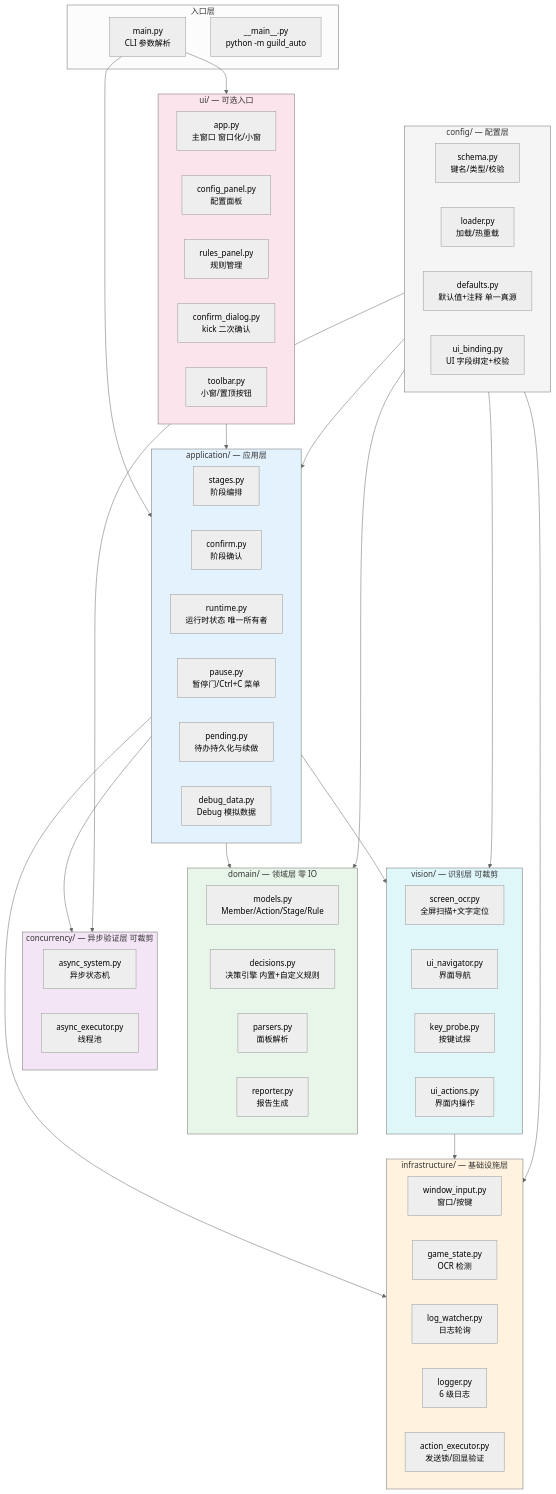
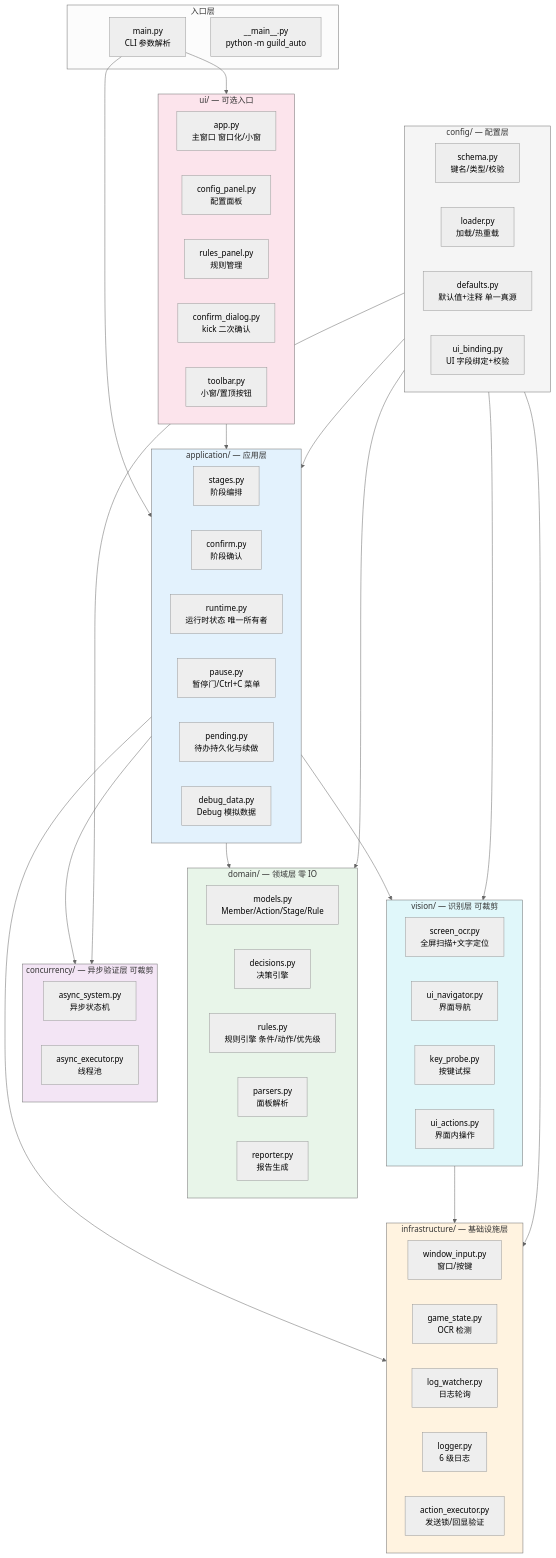
One commit to Minecraft269/bujidao-guild-auto changed the first of 7 diagrams in docs/流程与架构图.md. Above: the diagram before and after it, drawn with Mermaid (neutral theme). The commit also changed other lines of this file and 13 other files, not shown here.

````diff
--- a/docs/流程与架构图.md
+++ b/docs/流程与架构图.md
@@ -31,80 +31,81 @@
 ```mermaid
 graph TB
     subgraph ENTRY["入口层"]
         MAIN["main.py<br/>CLI 参数解析"]
         MAINMOD["__main__.py<br/>python -m guild_auto"]
     end
 
     subgraph UI["ui/ — 可选入口"]
         APP["app.py<br/>主窗口 窗口化/小窗"]
         CFGP["config_panel.py<br/>配置面板"]
         RULESP["rules_panel.py<br/>规则管理"]
         DIALOG["confirm_dialog.py<br/>kick 二次确认"]
         TLBAR["toolbar.py<br/>小窗/置顶按钮"]
     end
 
     subgraph APPL["application/ — 应用层"]
         STAGES["stages.py<br/>阶段编排"]
         CONFIRM["confirm.py<br/>阶段确认"]
         RUNTIME["runtime.py<br/>运行时状态 唯一所有者"]
         PAUSE["pause.py<br/>暂停门/Ctrl+C 菜单"]
         PENDING["pending.py<br/>待办持久化与续做"]
         DEBUGD["debug_data.py<br/>Debug 模拟数据"]
     end
 
     subgraph DOMAIN["domain/ — 领域层 零 IO"]
         MODELS["models.py<br/>Member/Action/Stage/Rule"]
-        DECIDE["decisions.py<br/>决策引擎 内置+自定义规则"]
+        DECIDE["decisions.py<br/>决策引擎"]
+        RULES["rules.py<br/>规则引擎 条件/动作/优先级"]
         PARSERS["parsers.py<br/>面板解析"]
         REPORTER["reporter.py<br/>报告生成"]
     end
 
     subgraph CONC["concurrency/ — 异步验证层 可裁剪"]
         ASYNCSYS["async_system.py<br/>异步状态机"]
         ASYNCEXEC["async_executor.py<br/>线程池"]
     end
 
     subgraph VISION["vision/ — 识别层 可裁剪"]
         SCREEN["screen_ocr.py<br/>全屏扫描+文字定位"]
         NAV["ui_navigator.py<br/>界面导航"]
         PROBE["key_probe.py<br/>按键试探"]
         UIACT["ui_actions.py<br/>界面内操作"]
     end
 
     subgraph INFRA["infrastructure/ — 基础设施层"]
         WINPUT["window_input.py<br/>窗口/按键"]
         GSTATE["game_state.py<br/>OCR 检测"]
         LOGW["log_watcher.py<br/>日志轮询"]
         LOGGER["logger.py<br/>6 级日志"]
         ACTEXEC["action_executor.py<br/>发送锁/回显验证"]
     end
 
     subgraph CFG["config/ — 配置层"]
         SCHEMA["schema.py<br/>键名/类型/校验"]
         LOADER["loader.py<br/>加载/热重载"]
         DEFAULTS["defaults.py<br/>默认值+注释 单一真源"]
         UIBIND["ui_binding.py<br/>UI 字段绑定+校验"]
     end
 
     MAIN --> APPL
     MAIN --> UI
     UI --> APPL
     APPL --> DOMAIN
     APPL --> CONC
     APPL --> VISION
     APPL --> INFRA
     VISION --> INFRA
     CFG --> APPL
     CFG --> DOMAIN
     CFG --> INFRA
     CFG --> CONC
     CFG --> VISION
 
     style DOMAIN fill:#e8f5e9
     style APPL fill:#e3f2fd
     style INFRA fill:#fff3e0
     style CONC fill:#f3e5f5
     style VISION fill:#e0f7fa
     style UI fill:#fce4ec
     style CFG fill:#f5f5f5
 ```
````
